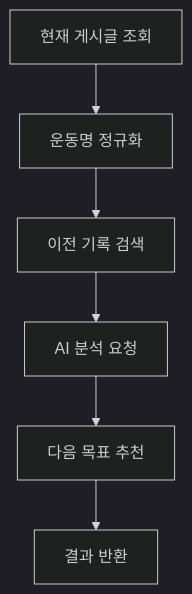
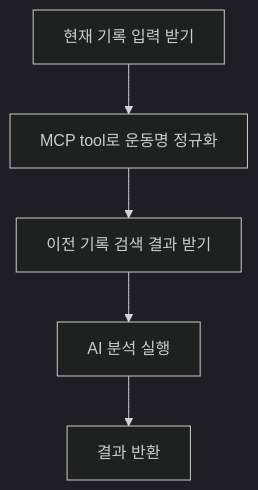
The eighth of 8 diagrams in README.md (whiskend/ai-workout-board), drawn with Mermaid (dark theme) before and after one commit. The commit also changed other lines of this file and 12 other files, not shown here.

````diff
--- a/README.md
+++ b/README.md
@@ -389,8 +395,7 @@
 ```mermaid
 flowchart TD
-  A[현재 게시글 조회] --> B[운동명 정규화]
-  B --> C[이전 기록 검색]
-  C --> D[AI 분석 요청]
-  D --> E[다음 목표 추천]
-  E --> F[결과 반환]
+  A[현재 기록 입력 받기] --> B[MCP tool로 운동명 정규화]
+  B --> C[이전 기록 검색 결과 받기]
+  C --> D[AI 분석 실행]
+  D --> E[결과 반환]
 ```
````
